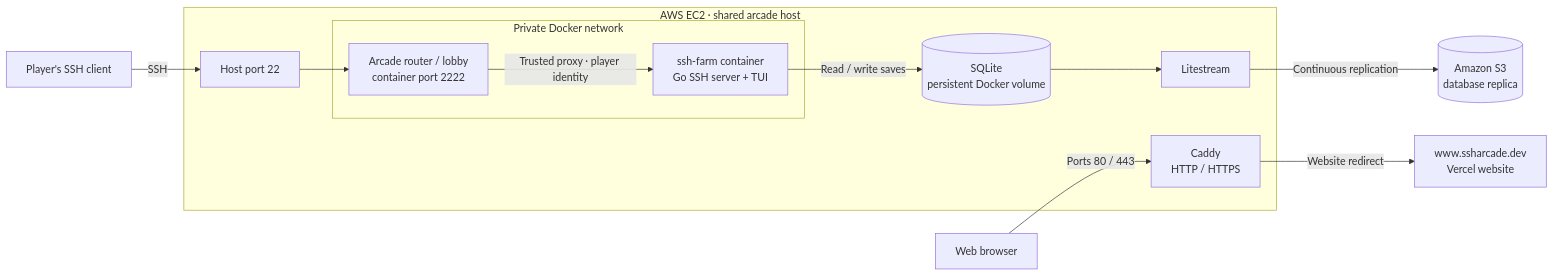
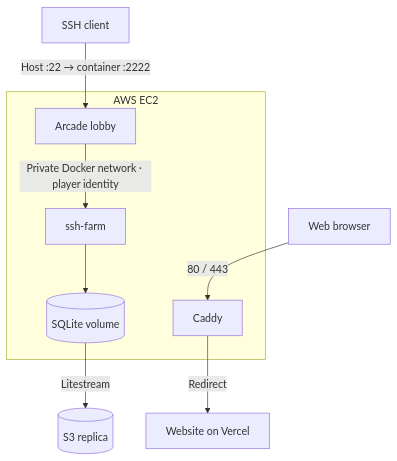
One commit to MyNameIs-Nigel/ssh-farm changed the diagram in README.md. Above: the diagram before and after it, drawn with Mermaid. The commit also changed other lines of this file, not shown here.

````diff
--- a/README.md
+++ b/README.md
@@ -44,28 +29,20 @@
 ```mermaid
-flowchart LR
-    Player["Player's SSH client"]
+flowchart TD
+    Player["SSH client"]
     Browser["Web browser"]
 
-    subgraph EC2["AWS EC2 · shared arcade host"]
-        Port22["Host port 22"]
-        subgraph Private["Private Docker network"]
-            Lobby["Arcade router / lobby<br/>container port 2222"]
-            Farm["ssh-farm container<br/>Go SSH server + TUI"]
-        end
-        DB[("SQLite<br/>persistent Docker volume")]
-        Replication["Litestream"]
-        Caddy["Caddy<br/>HTTP / HTTPS"]
+    subgraph EC2["AWS EC2"]
+        Lobby["Arcade lobby"]
+        Farm["ssh-farm"]
+        DB[("SQLite volume")]
+        Caddy["Caddy"]
+
+        Lobby -->|"Private Docker network · player identity"| Farm
+        Farm --> DB
     end
 
-    S3[("Amazon S3<br/>database replica")]
-    Website["www.ssharcade.dev<br/>Vercel website"]
-
-    Player -->|SSH| Port22
-    Port22 --> Lobby
-    Lobby -->|"Trusted proxy · player identity"| Farm
-    Farm -->|"Read / write saves"| DB
-    DB --> Replication
-    Replication -->|"Continuous replication"| S3
-    Browser -->|"Ports 80 / 443"| Caddy
-    Caddy -->|"Website redirect"| Website
+    Player -->|"Host :22 → container :2222"| Lobby
+    DB -->|"Litestream"| S3[("S3 replica")]
+    Browser -->|"80 / 443"| Caddy
+    Caddy -->|"Redirect"| Website["Website on Vercel"]
 ```
````
